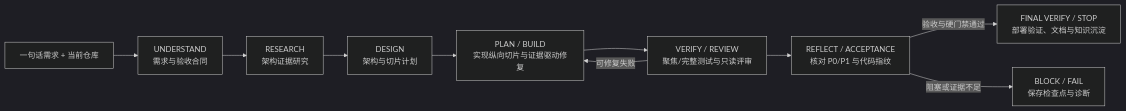
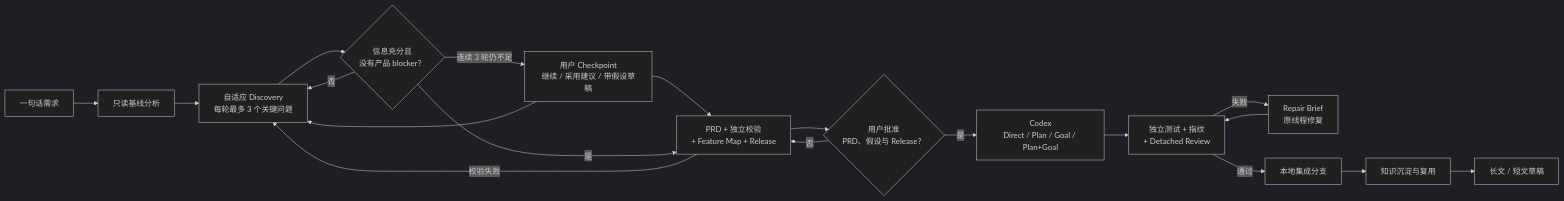
Before and after one commit to gynnash/OnePTeam: the diagram in README.md, drawn with Mermaid (dark theme). The commit also changed other lines of this file and 258 other files, not shown here.

````diff
--- a/README.md
+++ b/README.md
@@ -27,12 +29,21 @@
 ```mermaid
 flowchart LR
-    A["一句话需求 + 当前仓库"] --> B["UNDERSTAND\n需求与验收合同"]
-    B --> C["RESEARCH\n架构证据研究"]
-    C --> D["DESIGN\n架构与切片计划"]
-    D --> E["PLAN / BUILD\n实现纵向切片与证据驱动修复"]
-    E --> F["VERIFY / REVIEW\n聚焦/完整测试与只读评审"]
-    F -->|可修复失败| E
-    F --> G["REFLECT / ACCEPTANCE\n核对 P0/P1 与代码指纹"]
-    G -->|验收与硬门禁通过| H["FINAL VERIFY / STOP\n部署验证、文档与知识沉淀"]
-    G -->|阻塞或证据不足| I["BLOCK / FAIL\n保存检查点与诊断"]
+    A["一句话需求"] --> B["只读基线分析"]
+    B --> C["自适应 Discovery<br/>每轮最多 3 个关键问题"]
+    C --> D{"信息充分且<br/>没有产品 blocker？"}
+    D -->|否| C
+    D -->|连续 3 轮仍不足| X["用户 Checkpoint<br/>继续 / 采用建议 / 带假设草稿"]
+    X --> C
+    X --> E["PRD + 独立校验<br/>+ Feature Map + Release"]
+    D -->|是| E
+    E -->|校验失败| C
+    E --> F{"用户批准<br/>PRD、假设与 Release？"}
+    F -->|否| E
+    F -->|是| G["Codex<br/>Direct / Plan / Goal / Plan+Goal"]
+    G --> H["独立测试 + 指纹<br/>+ Detached Review"]
+    H -->|失败| I["Repair Brief<br/>原线程修复"]
+    I --> H
+    H -->|通过| J["本地集成分支"]
+    J --> K["知识沉淀与复用"]
+    K --> L["长文 / 短文草稿"]
 ```
````
